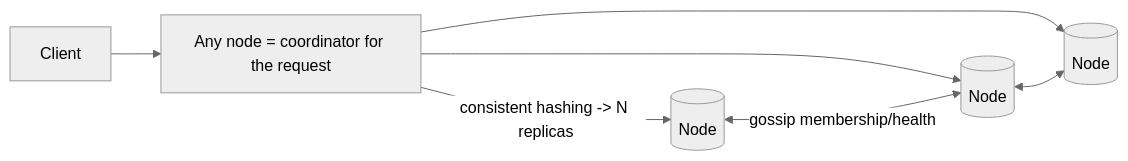
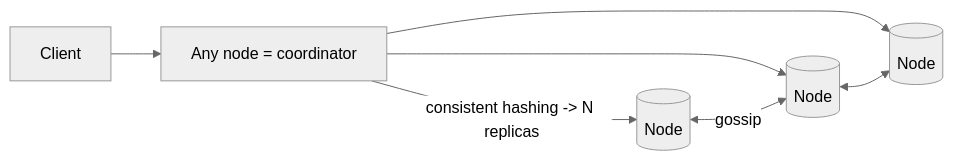
Before and after one commit to hiepgithub2001/swedocs: the first of 2 diagrams in system-design/2-case-studies/key-value-store.md, drawn with Mermaid (neutral theme). The commit also changed other lines of this file and 3 other files, not shown here.

````diff
--- a/system-design/2-case-studies/key-value-store.md
+++ b/system-design/2-case-studies/key-value-store.md
@@ -28,8 +44,8 @@
 ```mermaid
 flowchart LR
-    Client --> Coord[Any node = coordinator for the request]
+    Client --> Coord[Any node = coordinator]
     Coord -->|consistent hashing -> N replicas| N1[(Node)]
     Coord --> N2[(Node)]
     Coord --> N3[(Node)]
-    N1 <-->|gossip membership/health| N2 <--> N3
+    N1 <-->|gossip| N2 <--> N3
 ```
````
